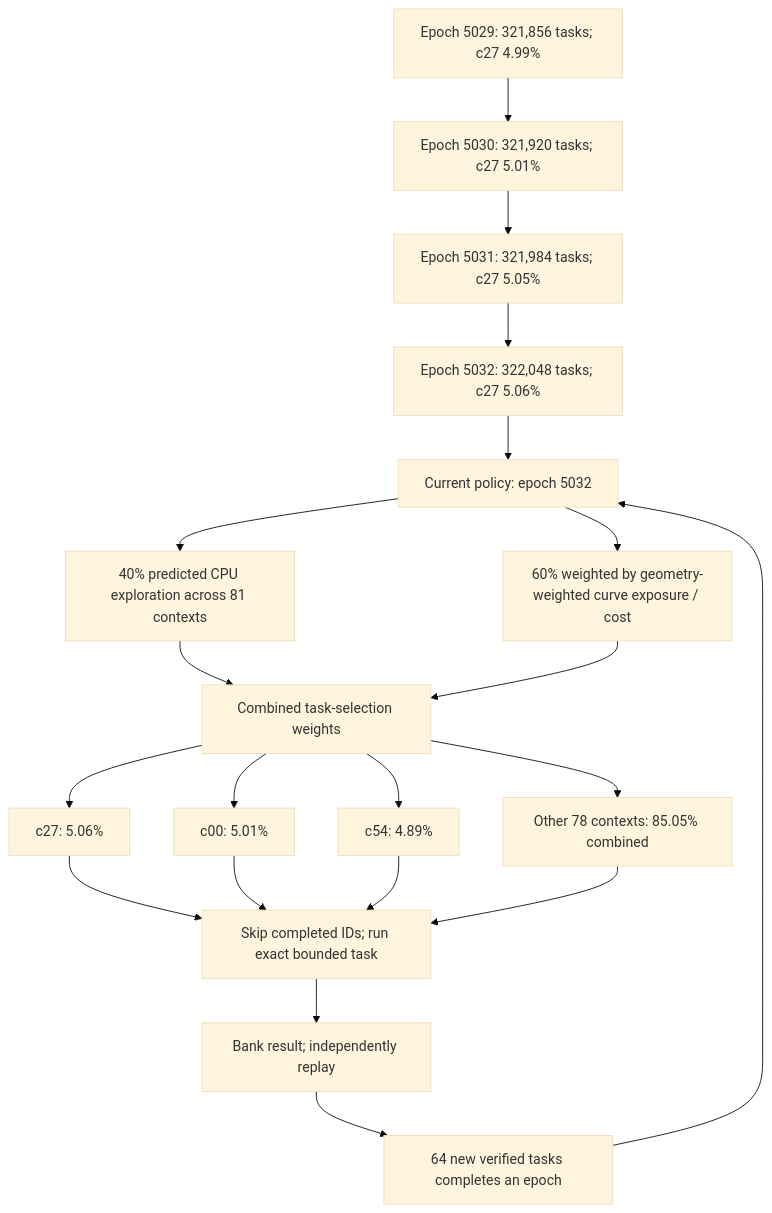
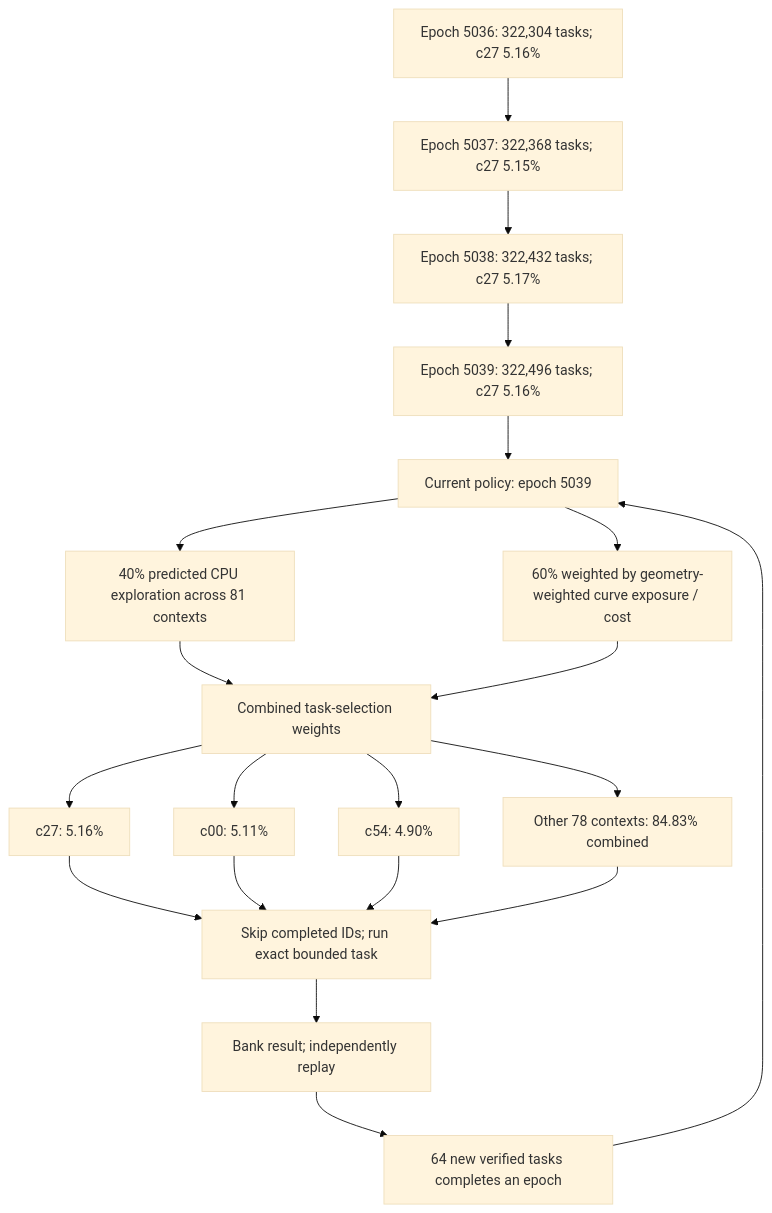
Before and after one commit to Kuberwastaken/math-gambling: the first of 3 diagrams in README.md, drawn with Mermaid (base theme). The commit also changed other lines of this file and 2237 other files, not shown here.

````diff
--- a/README.md
+++ b/README.md
@@ -60,27 +60,27 @@
 ```mermaid
 flowchart TD
-    H0["Epoch 5029: 321,856 tasks; c27 4.99%"]
-    H1["Epoch 5030: 321,920 tasks; c27 5.01%"]
+    H0["Epoch 5036: 322,304 tasks; c27 5.16%"]
+    H1["Epoch 5037: 322,368 tasks; c27 5.15%"]
     H0 --> H1
-    H2["Epoch 5031: 321,984 tasks; c27 5.05%"]
+    H2["Epoch 5038: 322,432 tasks; c27 5.17%"]
     H1 --> H2
-    H3["Epoch 5032: 322,048 tasks; c27 5.06%"]
+    H3["Epoch 5039: 322,496 tasks; c27 5.16%"]
     H2 --> H3
-    Policy["Current policy: epoch 5032"]
+    Policy["Current policy: epoch 5039"]
     H3 --> Policy
     Policy --> Explore["40% predicted CPU exploration across 81 contexts"]
     Policy --> Cost["60% weighted by geometry-weighted curve exposure / cost"]
     Explore --> Mix["Combined task-selection weights"]
     Cost --> Mix
-    Mix --> C0["c27: 5.06%"]
-    Mix --> C1["c00: 5.01%"]
-    Mix --> C2["c54: 4.89%"]
-    Mix --> Rest["Other 78 contexts: 85.05% combined"]
+    Mix --> C0["c27: 5.16%"]
+    Mix --> C1["c00: 5.11%"]
+    Mix --> C2["c54: 4.90%"]
+    Mix --> Rest["Other 78 contexts: 84.83% combined"]
     C0 --> Check["Skip completed IDs; run exact bounded task"]
     C1 --> Check
     C2 --> Check
     Rest --> Check
     Check --> Replay["Bank result; independently replay"]
     Replay --> Gate["64 new verified tasks completes an epoch"]
     Gate --> Policy
 ```
````
